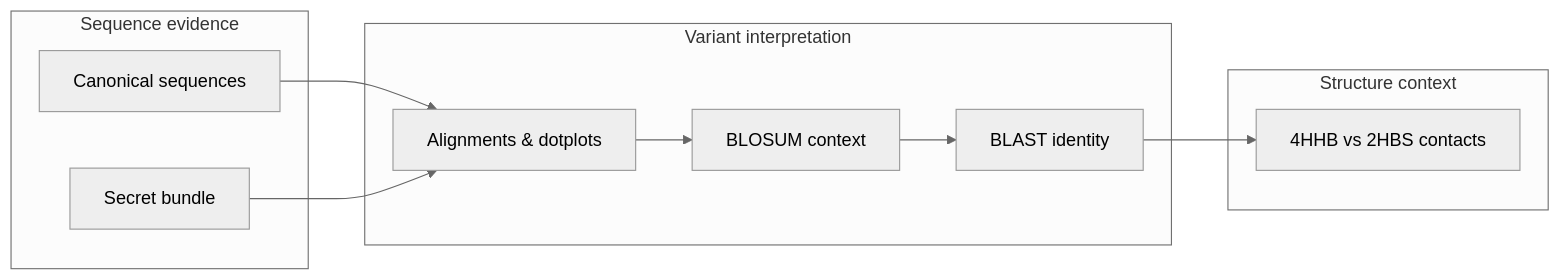
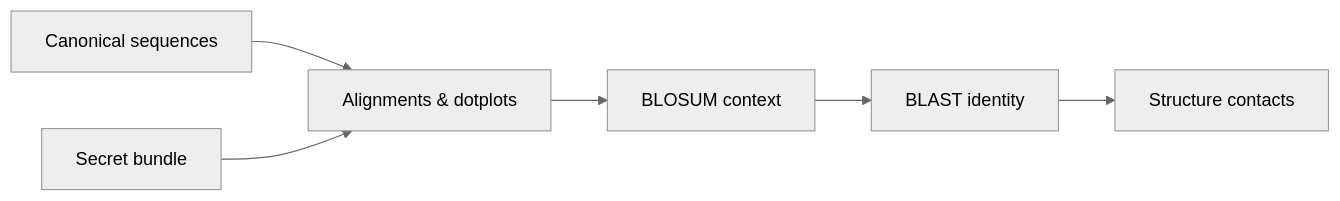
One commit to KingLouis237/BIOPHY-HBS_Case_study changed the diagram in README.md. Above: the diagram before and after it, drawn with Mermaid (neutral theme).

Commit message:
More workflow updates

````diff
--- a/README.md
+++ b/README.md
@@ -101,18 +101,13 @@
 ```mermaid
 flowchart LR
-    subgraph S[Sequence evidence]
-        A[Canonical sequences]
-        B[Secret bundle]
-    end
-    subgraph V[Variant interpretation]
-        C[Alignments & dotplots]
-        D[BLOSUM context]
-        E[BLAST identity]
-    end
-    subgraph T[Structure context]
-        F[4HHB vs 2HBS contacts]
-    end
+    A[Canonical sequences]
+    B[Secret bundle]
+    C[Alignments & dotplots]
+    D[BLOSUM context]
+    E[BLAST identity]
+    F[Structure contacts]
+
     A --> C
     B --> C
     C --> D --> E --> F
 ```
````
